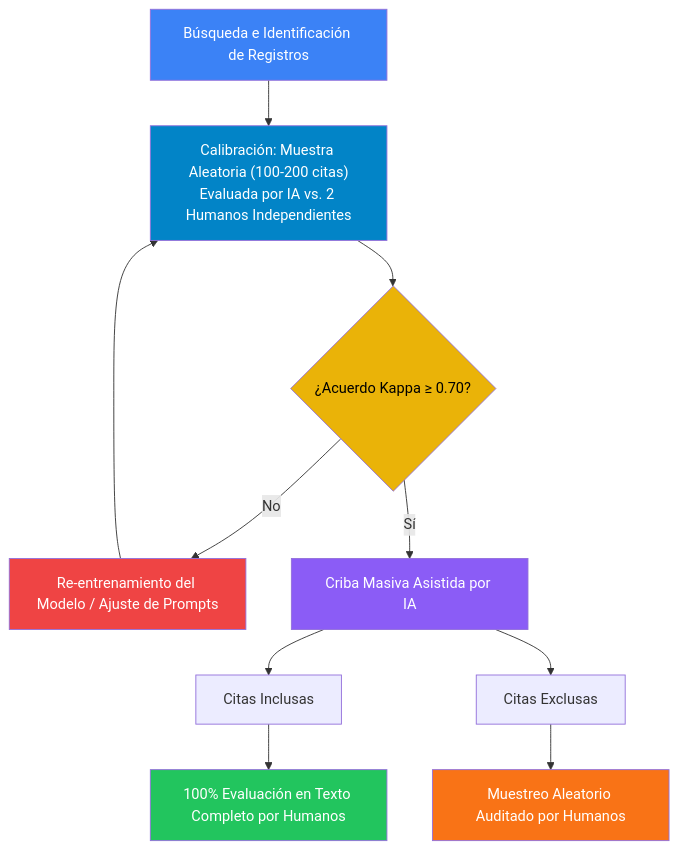
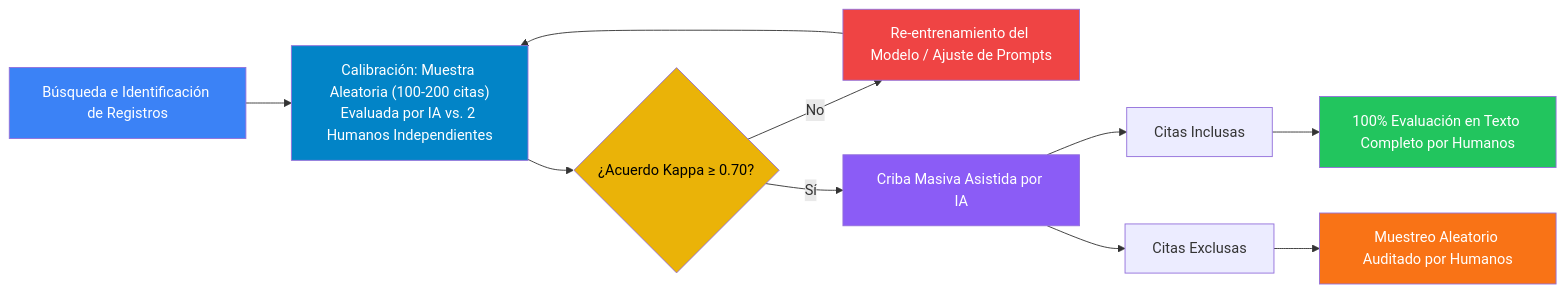
Before and after one commit to rodianfonseca/revisiones-sistematicas: the second of 2 diagrams in revisiones_sistematicas.qmd, drawn with Mermaid. The commit also changed other lines of this file and 158 other files, not shown here.

````diff
--- a/revisiones_sistematicas.qmd
+++ b/revisiones_sistematicas.qmd
@@ -308,20 +304,24 @@
 ```{mermaid}
-flowchart TD
+%%| mermaid-format: png
+%%| fig-width: 15
+%%| fig-align: center
+
+flowchart LR
     A["Búsqueda e Identificación de Registros"] --> B["Calibración: Muestra Aleatoria (100-200 citas)<br/>Evaluada por IA vs. 2 Humanos Independientes"]
     B --> C{"¿Acuerdo Kappa ≥ 0.70?"}
     C -- No --> D["Re-entrenamiento del Modelo / Ajuste de Prompts"]
     D --> B
     C -- Sí --> E["Criba Masiva Asistida por IA"]
     E --> F["Citas Inclusas"]
     E --> G["Citas Exclusas"]
     F --> H["100% Evaluación en Texto Completo por Humanos"]
     G --> I["Muestreo Aleatorio Auditado por Humanos"]
 
     style A fill:#3b82f6,color:#fff
     style B fill:#0284c7,color:#fff
     style C fill:#eab308,color:#000
     style D fill:#ef4444,color:#fff
     style E fill:#8b5cf6,color:#fff
     style H fill:#22c55e,color:#fff
     style I fill:#f97316,color:#fff
 ```
````
